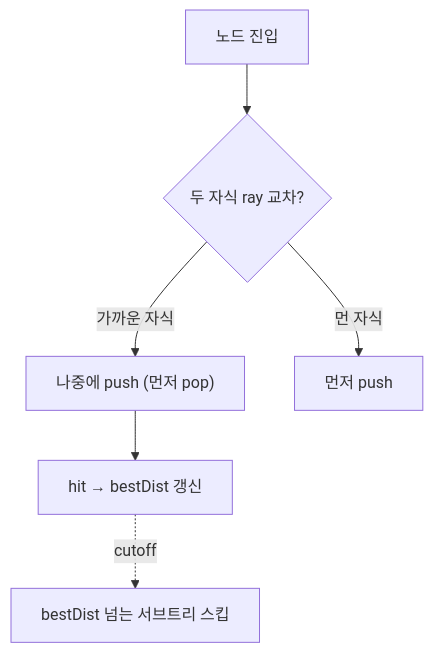
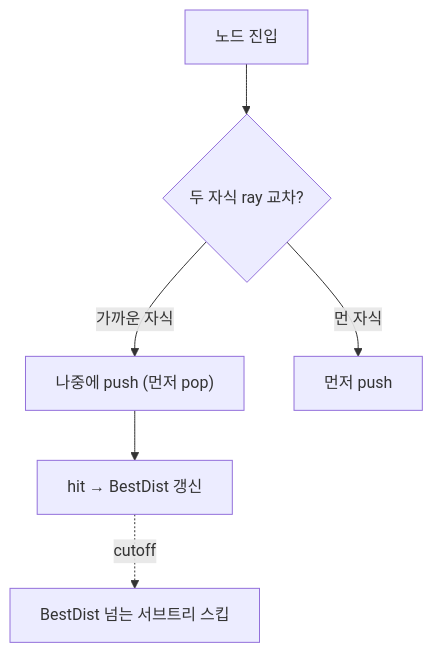
One commit to nansu0425/GameTechLab-Engine-Portfolio changed the second of 3 diagrams in docs/mouse-picking-optimization.md. Above: the diagram before and after it, drawn with Mermaid. The commit also changed other lines of this file, not shown here.

````diff
--- a/docs/mouse-picking-optimization.md
+++ b/docs/mouse-picking-optimization.md
@@ -113,8 +126,8 @@
 ```mermaid
 graph TD
     N["노드 진입"] --> S{"두 자식 ray 교차?"}
     S -->|"가까운 자식"| Near["나중에 push (먼저 pop)"]
     S -->|"먼 자식"| Far["먼저 push"]
-    Near --> H["hit → bestDist 갱신"]
-    H -.cutoff.-> X["bestDist 넘는 서브트리 스킵"]
+    Near --> H["hit → BestDist 갱신"]
+    H -.cutoff.-> X["BestDist 넘는 서브트리 스킵"]
 ```
````
